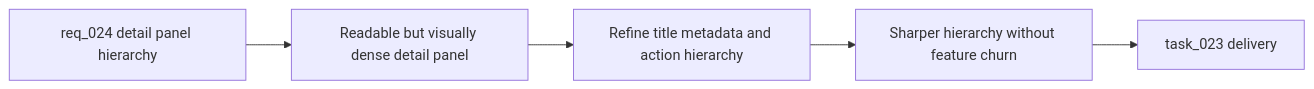
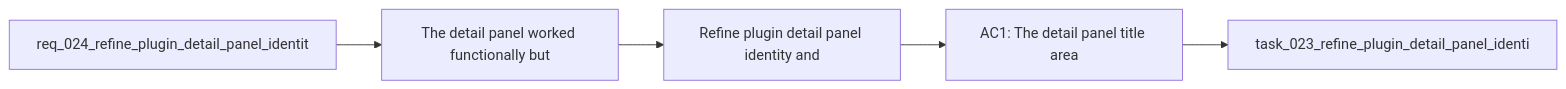
One commit to AlexAgo83/logics-manager changed the diagram in logics/backlog/item_029_refine_plugin_detail_panel_identity_and_action_hierarchy.md. Above: the diagram before and after it, drawn with Mermaid. The commit also changed other lines of this file and 481 other files, not shown here.

````diff
--- a/logics/backlog/item_029_refine_plugin_detail_panel_identity_and_action_hierarchy.md
+++ b/logics/backlog/item_029_refine_plugin_detail_panel_identity_and_action_hierarchy.md
@@ -27,8 +27,9 @@
 ```mermaid
+%% logics-kind: backlog
 %% logics-signature: backlog|refine-plugin-detail-panel-identity-and-|req-024-refine-plugin-detail-panel-ident|the-detail-panel-worked-functionally-but|ac1-the-detail-panel-title-area
 flowchart LR
-    Req[req_024 detail panel hierarchy] --> Problem[Readable but visually dense detail panel]
-    Problem --> Scope[Refine title metadata and action hierarchy]
-    Scope --> AC[Sharper hierarchy without feature churn]
-    AC --> Tasks[task_023 delivery]
+    Request[req_024_refine_plugin_detail_panel_identit] --> Problem[The detail panel worked functionally but]
+    Problem --> Scope[Refine plugin detail panel identity and]
+    Scope --> Acceptance[AC1: The detail panel title area]
+    Acceptance --> Tasks[task_023_refine_plugin_detail_panel_identi]
 ```
````
